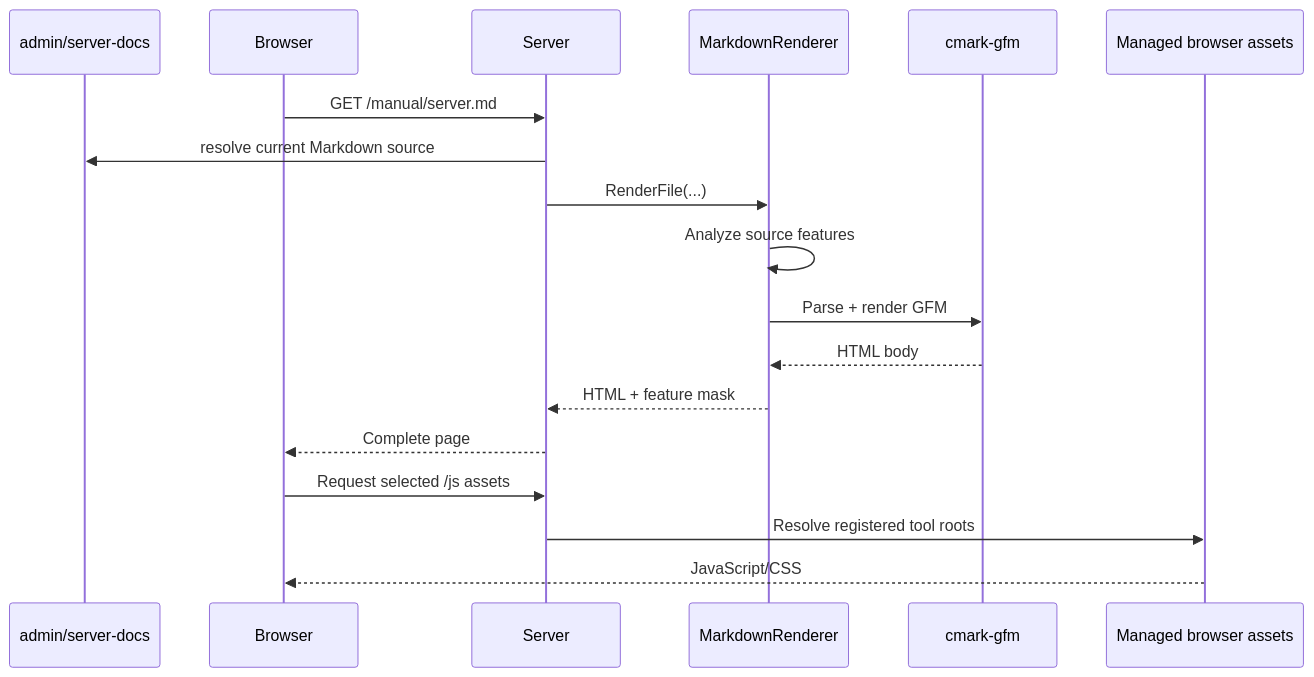
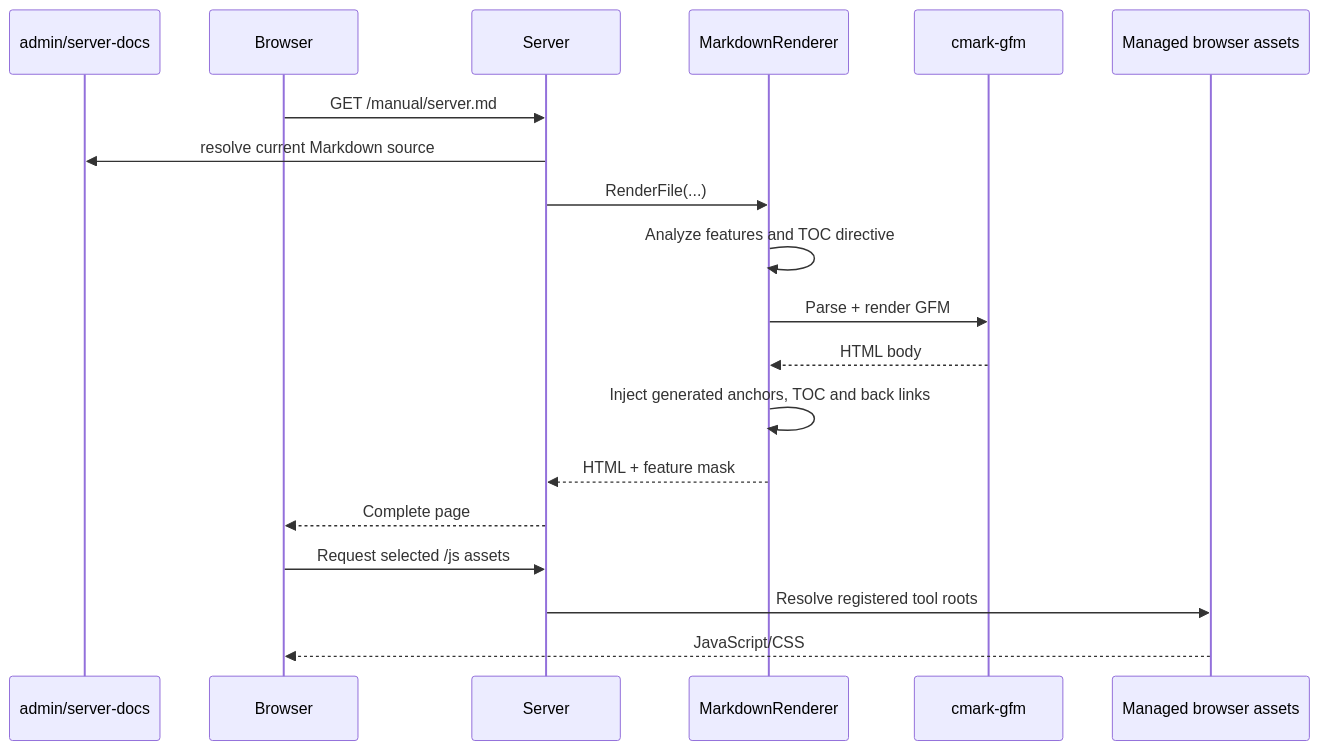
Before and after one commit to adeccscholar/BuildEngine-Admin: the second of 2 diagrams in admin/server-docs/server.md, drawn with Mermaid. The commit also changed other lines of this file, not shown here.

Commit message:
Document Markdown TOC navigation in server guide

````diff
--- a/admin/server-docs/server.md
+++ b/admin/server-docs/server.md
@@ -159,21 +161,22 @@
 ```mermaid
 sequenceDiagram
    participant Admin as admin/server-docs
    participant Browser
    participant Server
    participant Renderer as MarkdownRenderer
    participant CMark as cmark-gfm
    participant Assets as Managed browser assets
 
    Browser->>Server: GET /manual/server.md
    Server->>Admin: resolve current Markdown source
    Server->>Renderer: RenderFile(...)
-   Renderer->>Renderer: Analyze source features
+   Renderer->>Renderer: Analyze features and TOC directive
    Renderer->>CMark: Parse + render GFM
    CMark-->>Renderer: HTML body
+   Renderer->>Renderer: Inject generated anchors, TOC and back links
    Renderer-->>Server: HTML + feature mask
    Server-->>Browser: Complete page
    Browser->>Server: Request selected /js assets
    Server->>Assets: Resolve registered tool roots
    Assets-->>Browser: JavaScript/CSS
 ```
````
